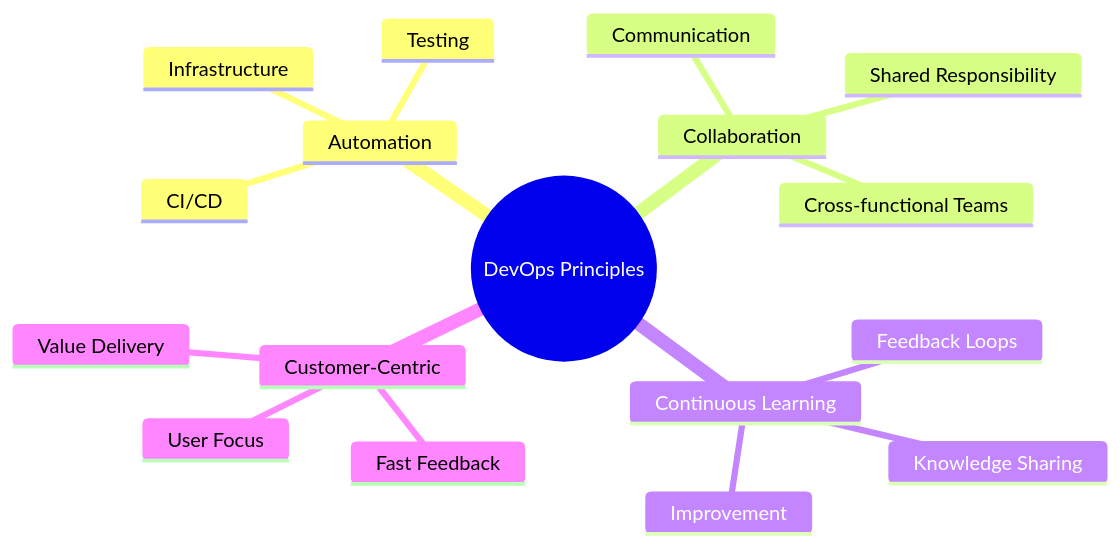
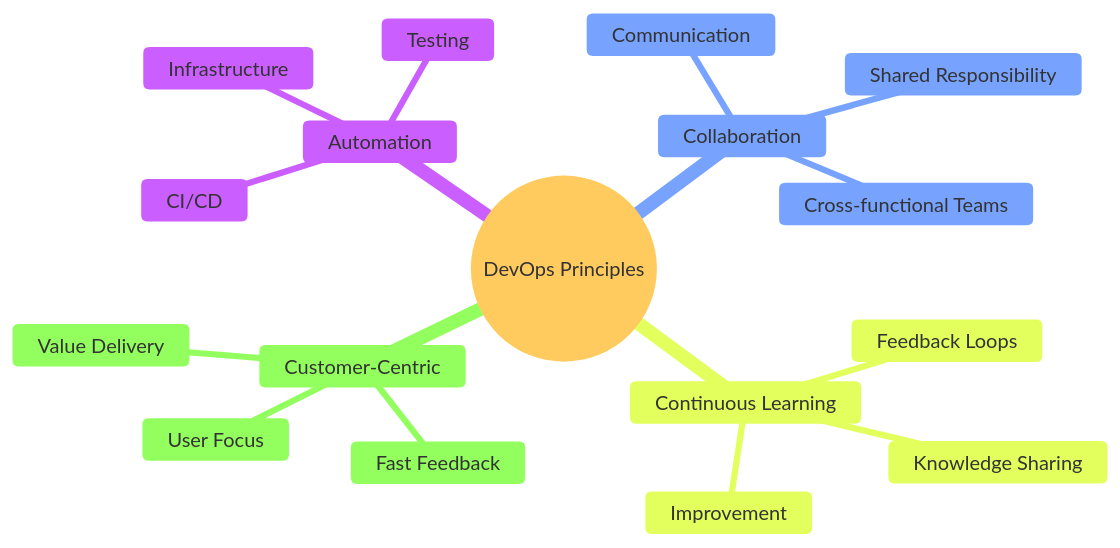
One commit to adityasingh-ops/DevOps changed the third of 6 diagrams in lectures/02_devops_introduction.md. Above: the diagram before and after it, drawn with Mermaid. The commit also changed other lines of this file, not shown here.

Commit message:
changing text color

````diff
--- a/lectures/02_devops_introduction.md
+++ b/lectures/02_devops_introduction.md
@@ -107,20 +107,21 @@
 ```mermaid
+%%{init: {"theme": "base", "themeVariables": {"textColor": "#ffffff"}}}%%
 mindmap
   root((DevOps Principles))
     Automation
       CI/CD
       Testing
       Infrastructure
     Collaboration
       Shared Responsibility
       Cross-functional Teams
       Communication
     Continuous Learning
       Feedback Loops
       Knowledge Sharing
       Improvement
     Customer-Centric
       Fast Feedback
       Value Delivery
       User Focus
 ```
````
